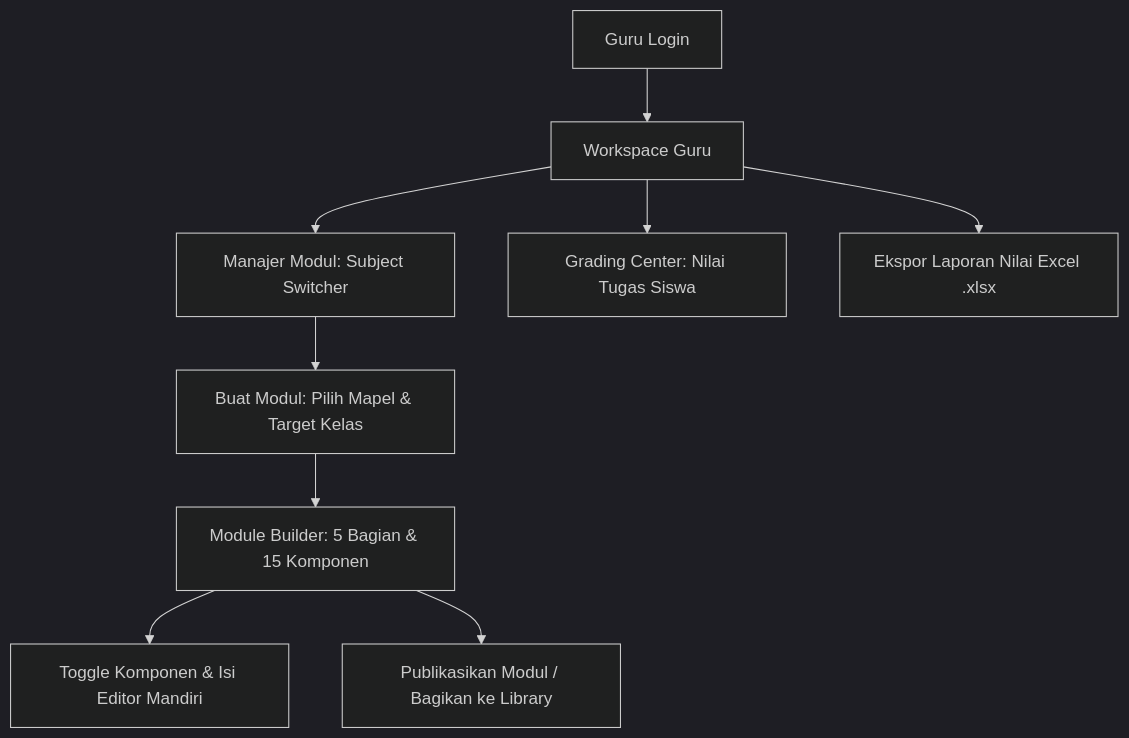
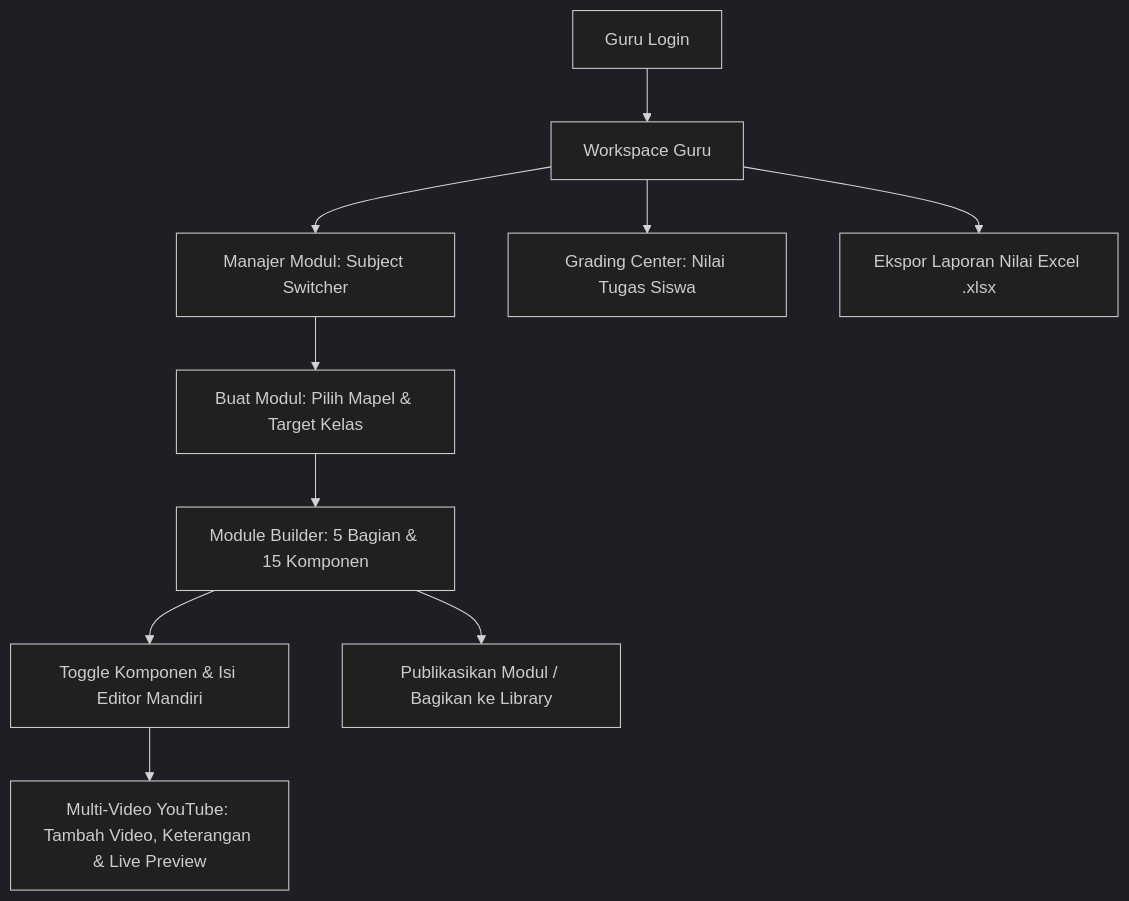
Before and after one commit to AdiLamunedo21/e-modul: the second of 4 diagrams in prd.md, drawn with Mermaid (dark theme). The commit also changed other lines of this file and 33 other files, not shown here.

Commit message:
feat: multi-video YouTube with notes and single summary, student dashboard live filter toolbar, class code generation, and PRD update

````diff
--- a/prd.md
+++ b/prd.md
@@ -202,11 +236,12 @@
 ```mermaid
 graph TD
     A[Guru Login] --> B[Workspace Guru]
     B --> C[Manajer Modul: Subject Switcher]
     C --> D[Buat Modul: Pilih Mapel & Target Kelas]
     D --> E[Module Builder: 5 Bagian & 15 Komponen]
     E --> F[Toggle Komponen & Isi Editor Mandiri]
-    E --> G[Publikasikan Modul / Bagikan ke Library]
-    B --> H[Grading Center: Nilai Tugas Siswa]
-    B --> I[Ekspor Laporan Nilai Excel .xlsx]
+    F --> G[Multi-Video YouTube: Tambah Video, Keterangan & Live Preview]
+    E --> H[Publikasikan Modul / Bagikan ke Library]
+    B --> I[Grading Center: Nilai Tugas Siswa]
+    B --> J[Ekspor Laporan Nilai Excel .xlsx]
 ```
````
